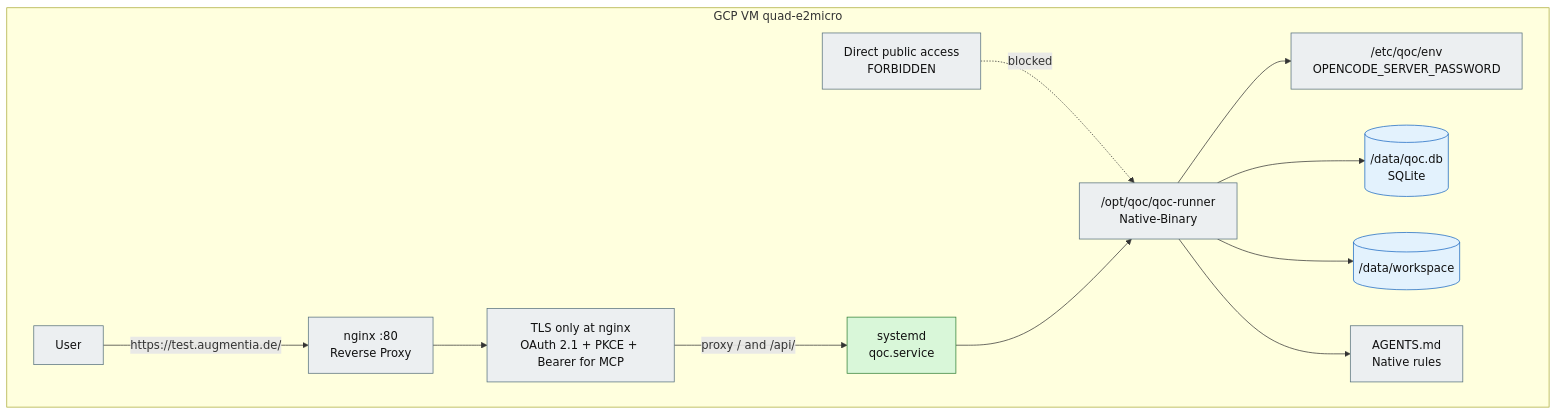
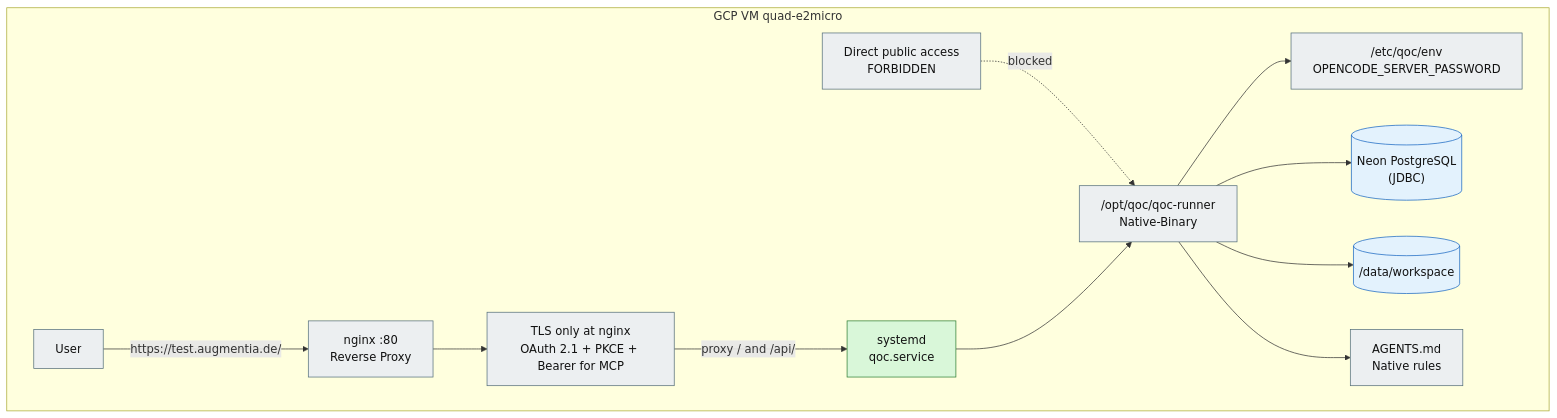
Before and after one commit to augmentia-de/QOC: the first of 2 diagrams in docs/diagrams/10-deployment.md, drawn with Mermaid. The commit also changed other lines of this file and 99 other files, not shown here.

````diff
--- a/docs/diagrams/10-deployment.md
+++ b/docs/diagrams/10-deployment.md
@@ -12,29 +12,29 @@
 ```mermaid
 flowchart TB
   subgraph Gcp["GCP VM quad-e2micro"]
     User["User"]:::ext
     Nginx["nginx :80<br/>Reverse Proxy"]:::ext
     Auth["TLS only at nginx<br/>OAuth 2.1 + PKCE + Bearer for MCP"]:::ext
     Systemd["systemd<br/>qoc.service"]:::det
     Binary["/opt/qoc/qoc-runner<br/>Native-Binary"]:::ext
     Env["/etc/qoc/env<br/>OPENCODE_SERVER_PASSWORD"]:::ext
-    Db[("/data/qoc.db<br/>SQLite")]:::store
+    Db[("Neon PostgreSQL<br/>(JDBC)")]:::store
     Workspace[("/data/workspace")]:::store
     Agents["AGENTS.md<br/>Native rules"]:::ext
 
     User -->|"https://test.augmentia.de/"| Nginx
     Nginx --> Auth
     Auth -->|"proxy / and /api/"| Systemd
     Direct["Direct public access<br/>FORBIDDEN"]:::ext
     Direct -.->|"blocked"| Binary
     Systemd --> Binary
     Binary --> Env
     Binary --> Db
     Binary --> Workspace
     Binary --> Agents
   end
 
   classDef det fill:#d9f7d9,stroke:#2e7d32,stroke-width:1px,color:#111;
   classDef ext fill:#eceff1,stroke:#546e7a,stroke-width:1px,color:#111;
   classDef store fill:#e3f2fd,stroke:#1565c0,stroke-width:1px,color:#111;
 ```
````
